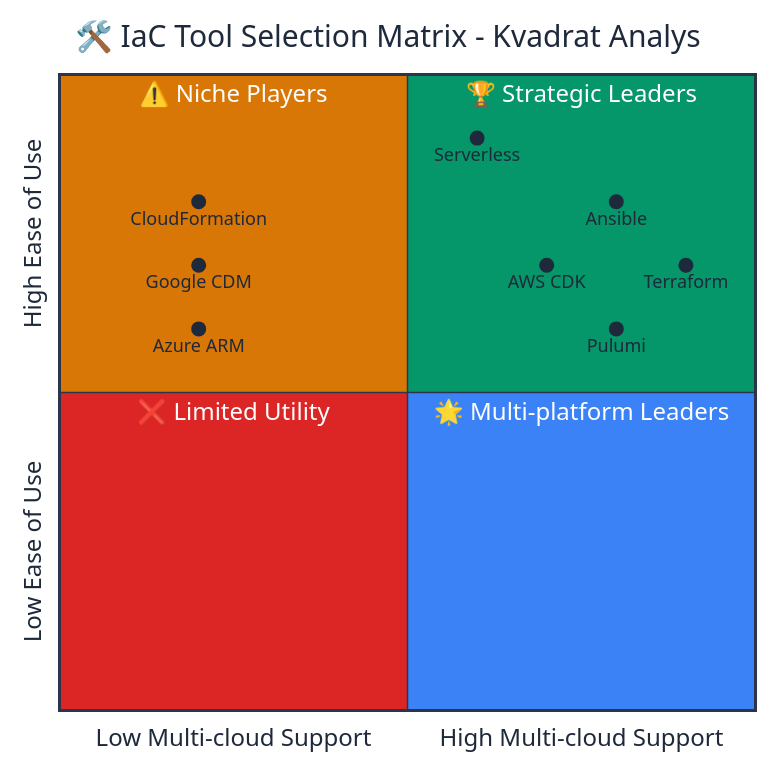
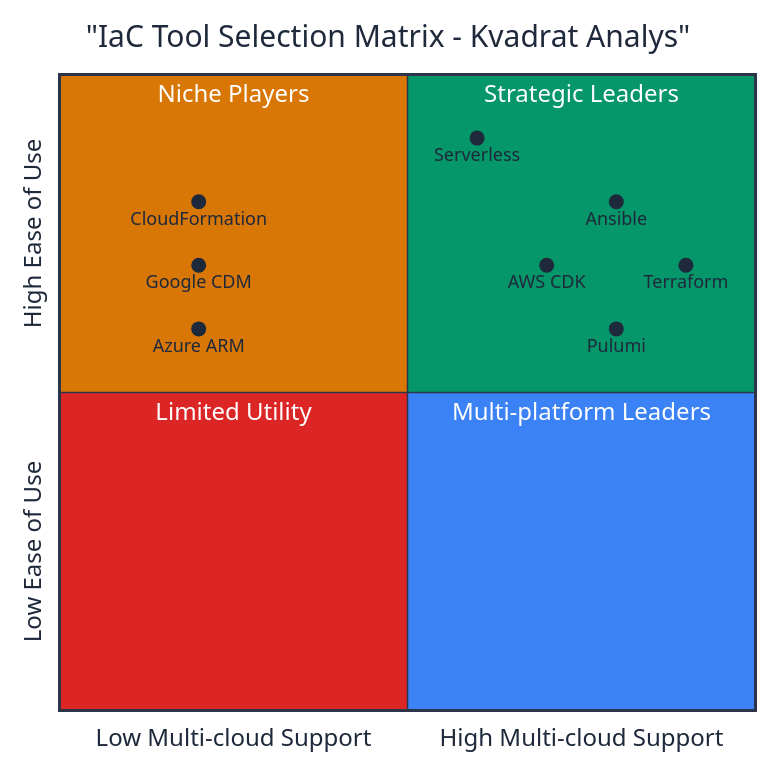
Before and after one commit to Geonitab/architecture_as_code: the diagram in docs/images/diagram_04_iac_tools_quadrant.mmd, drawn with Mermaid. The commit also changed 7 other files, not shown here.

Commit message:
Fix Mermaid syntax errors in quadrant charts to resolve GitHub Actions build failures

```diff
--- a/docs/images/diagram_04_iac_tools_quadrant.mmd
+++ b/docs/images/diagram_04_iac_tools_quadrant.mmd
@@ -1,18 +1,18 @@
 %%{init: {"theme": "base", "themeVariables": {"quadrant1Fill": "#059669", "quadrant2Fill": "#d97706", "quadrant3Fill": "#dc2626", "quadrant4Fill": "#3b82f6", "quadrant1TextFill": "#ffffff", "quadrant2TextFill": "#ffffff", "quadrant3TextFill": "#ffffff", "quadrant4TextFill": "#ffffff", "primaryColor": "#1e3a8a", "primaryTextColor": "#1e293b", "fontFamily": "Inter"}}}%%
 quadrantChart
-    title 🛠️ IaC Tool Selection Matrix - Kvadrat Analys
-    x-axis Low Multi-cloud Support --> High Multi-cloud Support
-    y-axis Low Ease of Use --> High Ease of Use
-    quadrant-1 🏆 Strategic Leaders
-    quadrant-2 ⚠️ Niche Players  
-    quadrant-3 ❌ Limited Utility
-    quadrant-4 🌟 Multi-platform Leaders
+    title "IaC Tool Selection Matrix - Kvadrat Analys"
+    x-axis "Low Multi-cloud Support" --> "High Multi-cloud Support"
+    y-axis "Low Ease of Use" --> "High Ease of Use"
+    quadrant-1 "Strategic Leaders"
+    quadrant-2 "Niche Players"
+    quadrant-3 "Limited Utility"
+    quadrant-4 "Multi-platform Leaders"
     
     Terraform: [0.9, 0.7]
     CloudFormation: [0.2, 0.8]
     Azure ARM: [0.2, 0.6]
     Google CDM: [0.2, 0.7]
     Ansible: [0.8, 0.8]
     Pulumi: [0.8, 0.6]
     AWS CDK: [0.7, 0.7]
     Serverless: [0.6, 0.9]
```
